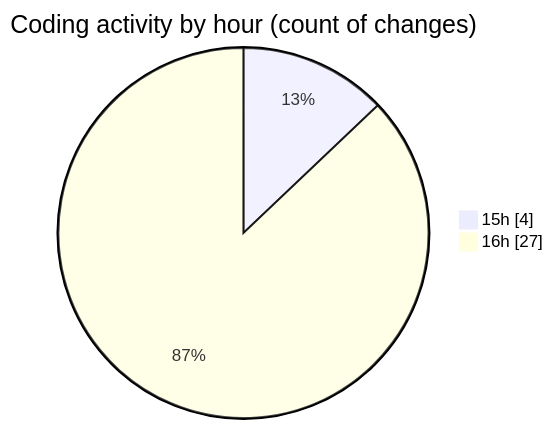
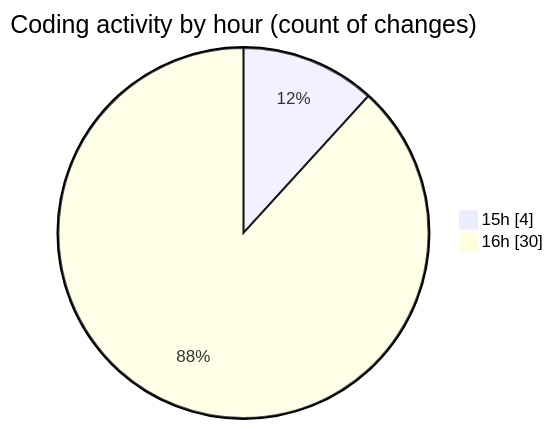
One commit to Ritupan-Deka/code-tracking changed the second of 2 diagrams in 2025-05-26/zip_file/README.md. Above: the diagram before and after it, drawn with Mermaid. The commit also changed other lines of this file and 1 other file, not shown here.

````diff
--- a/2025-05-26/zip_file/README.md
+++ b/2025-05-26/zip_file/README.md
@@ -35,6 +36,6 @@
 ```mermaid
 pie showData
 title Coding activity by hour (count of changes)
 "15h" : 4
-"16h" : 27
+"16h" : 30
 ```
````
